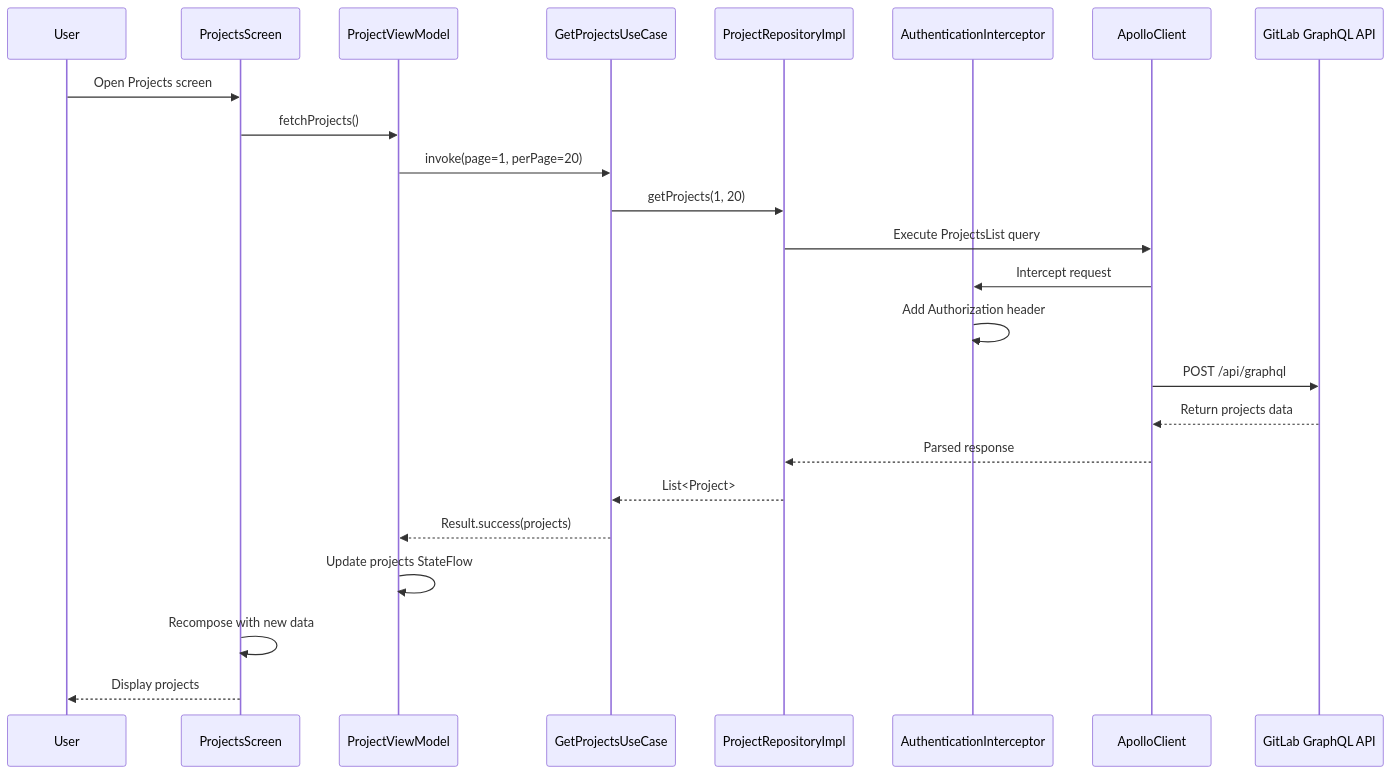
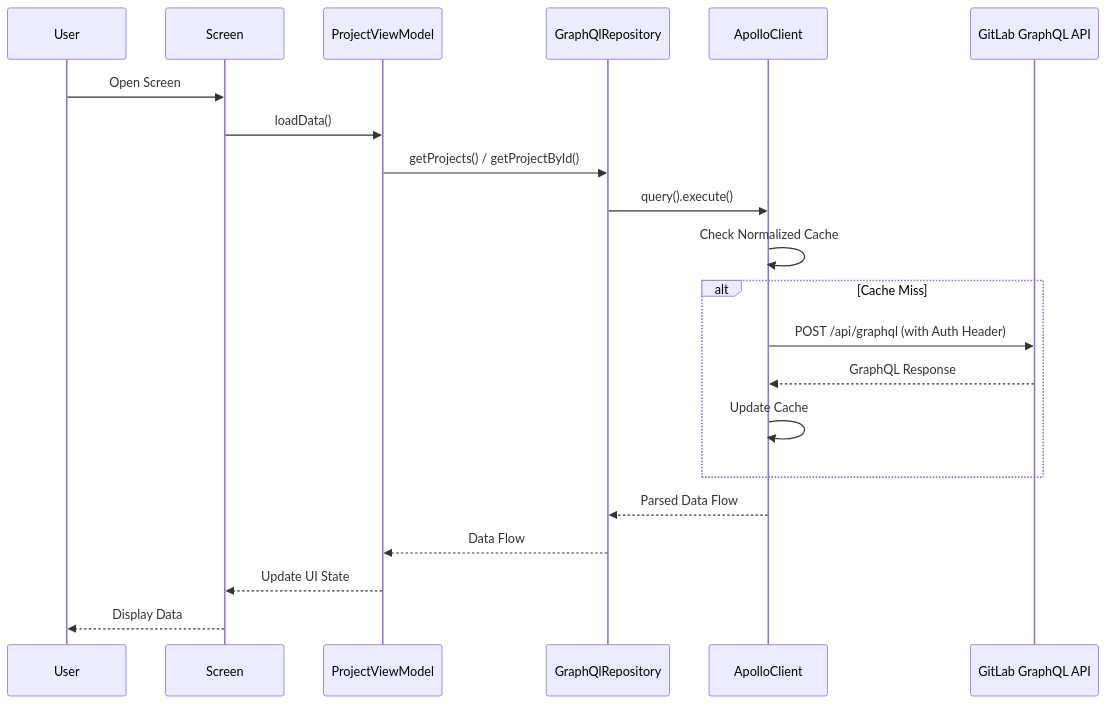
One commit to Ahtat204/Gitlab changed the second of 2 diagrams in ARCHITECTURE.md. Above: the diagram before and after it, drawn with Mermaid. The commit also changed other lines of this file and 1 other file, not shown here.

Commit message:
refactor:ARCHITECTURE.md

````diff
--- a/ARCHITECTURE.md
+++ b/ARCHITECTURE.md
@@ -709,27 +237,24 @@
 ```mermaid
 sequenceDiagram
     participant U as User
-    participant PS as ProjectsScreen
+    participant S as Screen
     participant VM as ProjectViewModel
-    participant UC as GetProjectsUseCase
-    participant R as ProjectRepositoryImpl
-    participant AI as AuthenticationInterceptor
+    participant R as GraphQlRepository
     participant AC as ApolloClient
     participant GA as GitLab GraphQL API
 
-    U->>PS: Open Projects screen
-    PS->>VM: fetchProjects()
-    VM->>UC: invoke(page=1, perPage=20)
-    UC->>R: getProjects(1, 20)
-    R->>AC: Execute ProjectsList query
-    AC->>AI: Intercept request
-    AI->>AI: Add Authorization header
-    AC->>GA: POST /api/graphql
-    GA-->>AC: Return projects data
-    AC-->>R: Parsed response
-    R-->>UC: List<Project>
-    UC-->>VM: Result.success(projects)
-    VM->>VM: Update projects StateFlow
-    PS->>PS: Recompose with new data
-    PS-->>U: Display projects
+    U->>S: Open Screen
+    S->>VM: loadData()
+    VM->>R: getProjects() / getProjectById()
+    R->>AC: query().execute()
+    AC->>AC: Check Normalized Cache
+    alt Cache Miss
+        AC->>GA: POST /api/graphql (with Auth Header)
+        GA-->>AC: GraphQL Response
+        AC->>AC: Update Cache
+    end
+    AC-->>R: Parsed Data Flow
+    R-->>VM: Data Flow
+    VM-->>S: Update UI State
+    S-->>U: Display Data
 ```
````
